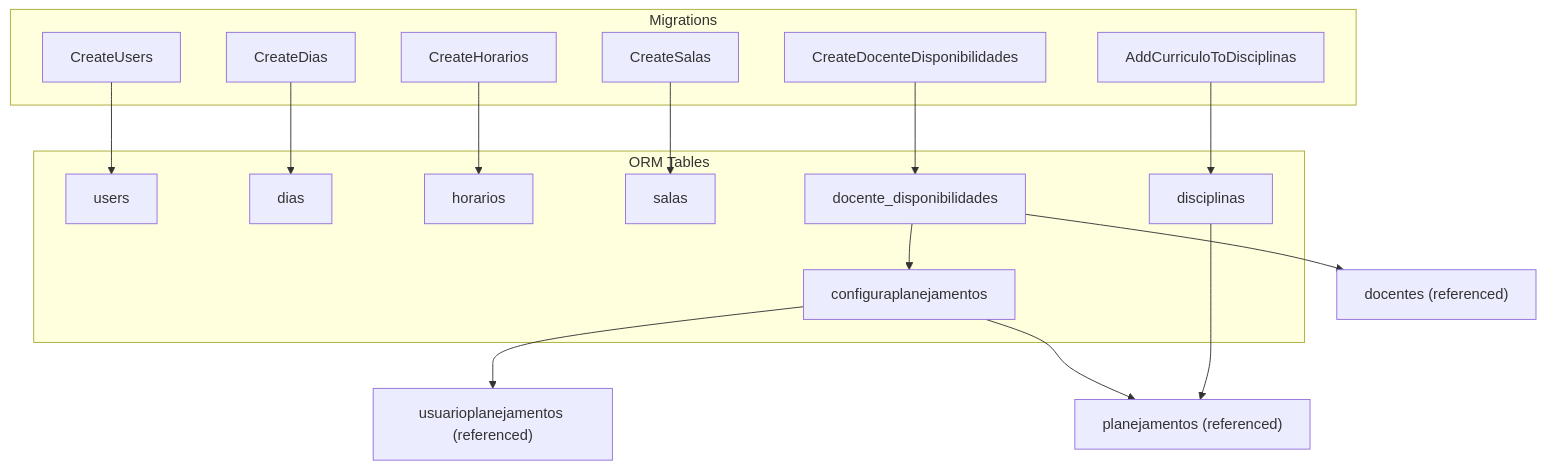
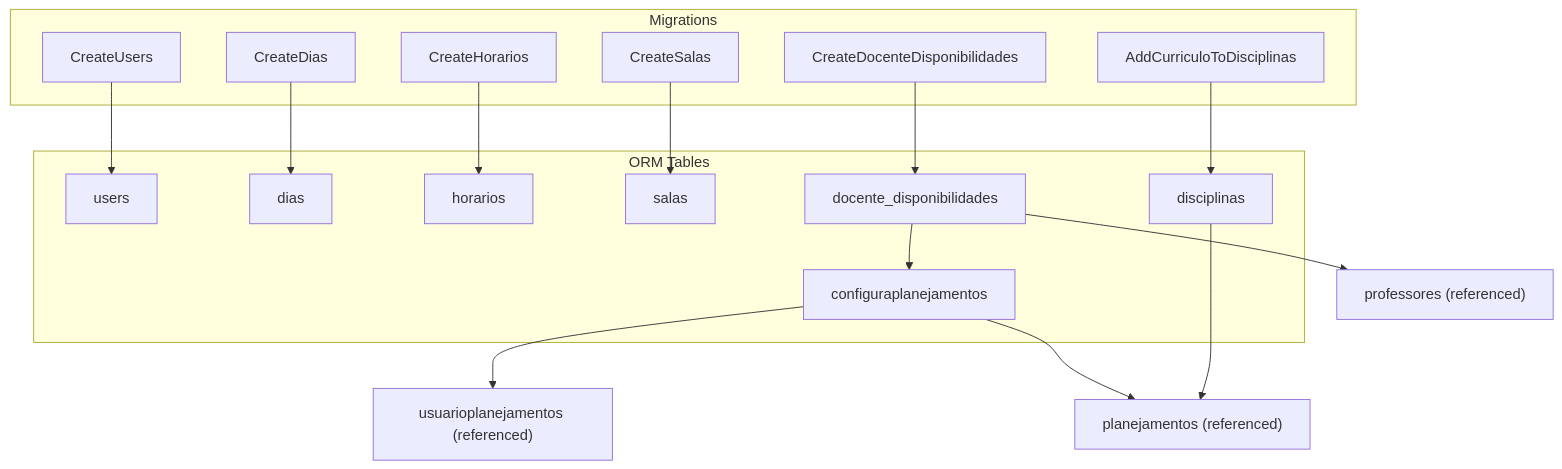
Before and after one commit to luiseduacosta/planejamento5: the first of 4 diagrams in .qoder/repowiki/en/content/Database Schema.md, drawn with Mermaid. The commit also changed other lines of this file and 37 other files, not shown here.

Commit message:
repowiki: rename Docentes → Professores in metadata

````diff
--- a/.qoder/repowiki/en/content/Database Schema.md
+++ b/.qoder/repowiki/en/content/Database Schema.md
@@ -37,31 +37,31 @@
 ```mermaid
 graph TB
 subgraph "Migrations"
 MU["CreateUsers"]
 MD["CreateDias"]
 MH["CreateHorarios"]
 MS["CreateSalas"]
 MDD["CreateDocenteDisponibilidades"]
 MDC["AddCurriculoToDisciplinas"]
 end
 subgraph "ORM Tables"
 TUsers["users"]
 TDias["dias"]
 THorarios["horarios"]
 TSalas["salas"]
 TDocDisp["docente_disponibilidades"]
 TConfig["configuraplanejamentos"]
 TDisc["disciplinas"]
 end
 MU --> TUsers
 MD --> TDias
 MH --> THorarios
 MS --> TSalas
 MDD --> TDocDisp
 MDC --> TDisc
 TDocDisp --> TConfig
-TDocDisp --> TDocentes["docentes (referenced)"]
+TDocDisp --> TProfessores["professores (referenced)"]
 TConfig --> TUsuarioplanejamento["usuarioplanejamentos (referenced)"]
 TConfig --> TPlanejamentos["planejamentos (referenced)"]
 TDisc --> TPlanejamentos
 ```
````
